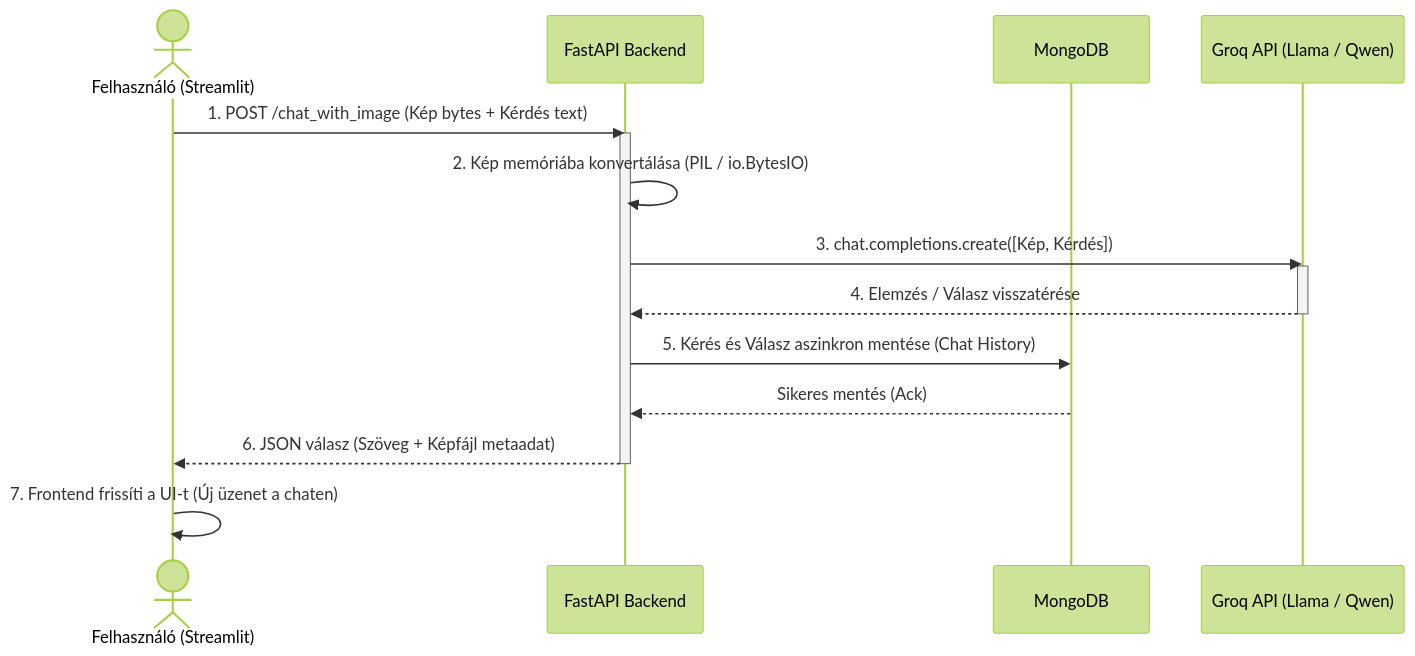
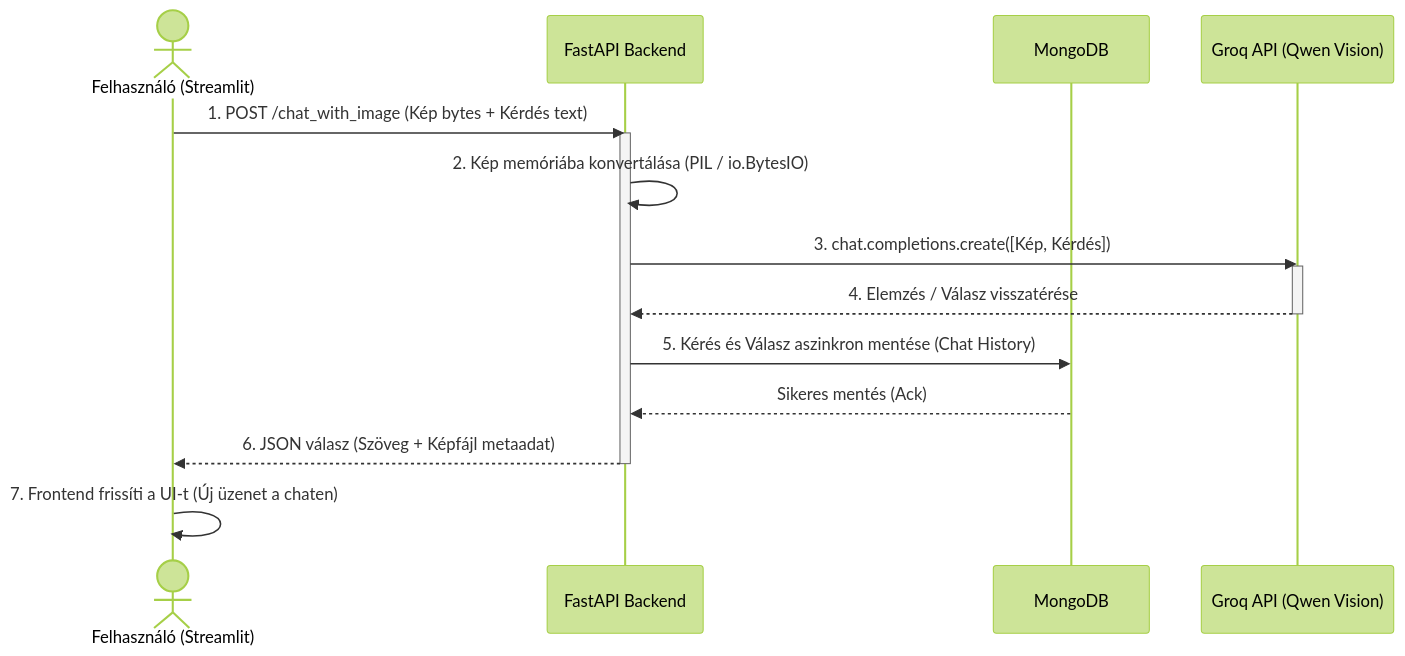
Before and after one commit to laszlokmobile-design/MI-alkalmazas-fejlesztese: the diagram in README.md, drawn with Mermaid (forest theme).

Commit message:
Update README.md
Javítás a diagramban.

````diff
--- a/README.md
+++ b/README.md
@@ -88,20 +88,20 @@
 ```mermaid
 sequenceDiagram
     actor User as Felhasználó (Streamlit)
     participant API as FastAPI Backend
     participant Mongo as MongoDB
-    participant Groq as Groq API (Llama / Qwen)
+    participant Groq as Groq API (Qwen Vision)
 
     User->>API: 1. POST /chat_with_image (Kép bytes + Kérdés text)
     activate API
     API->>API: 2. Kép memóriába konvertálása (PIL / io.BytesIO)
     API->>Groq: 3. chat.completions.create([Kép, Kérdés])
     activate Groq
     Groq-->>API: 4. Elemzés / Válasz visszatérése
     deactivate Groq
     API->>Mongo: 5. Kérés és Válasz aszinkron mentése (Chat History)
     Mongo-->>API: Sikeres mentés (Ack)
     API-->>User: 6. JSON válasz (Szöveg + Képfájl metaadat)
     deactivate API
     User->>User: 7. Frontend frissíti a UI-t (Új üzenet a chaten)
 ```
````
